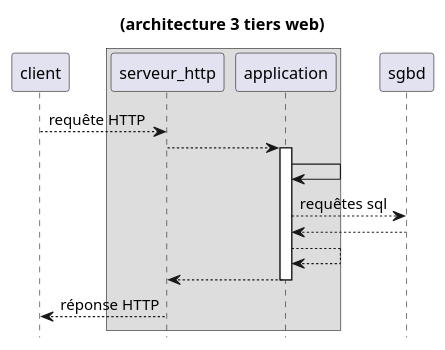
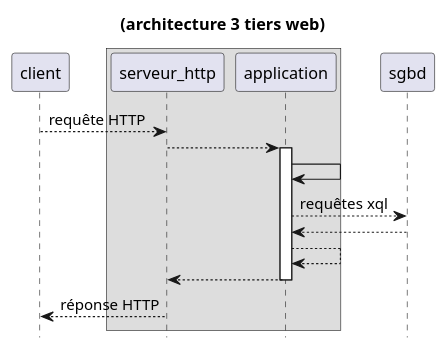
One commit to ldv-melun/symfony changed the diagram in src/docs/asciidoc/_symfony-chap01-installation-test.adoc. Above: the diagram before and after it, drawn with PlantUML. The commit also changed other lines of this file and 6 other files, not shown here.

```diff
--- a/src/docs/asciidoc/_symfony-chap01-installation-test.adoc
+++ b/src/docs/asciidoc/_symfony-chap01-installation-test.adoc
@@ -17,26 +17,26 @@
 [plantuml]
 ----
 skinparam {
 shadowing false
 monochrome false
 }
 hide footbox
 title (architecture 3 tiers web)
 
 client --> serveur_http : requête HTTP
 box
 	participant serveur_http
 	participant application
 end box
 
 serveur_http  --> application
 activate application
 application->application
-application --> sgbd : requêtes sql
+application --> sgbd : requêtes xql
 application <-- sgbd
 application --> application
 application --> serveur_http
 deactivate application
 serveur_http  --> client : réponse HTTP
 
 ----
```
